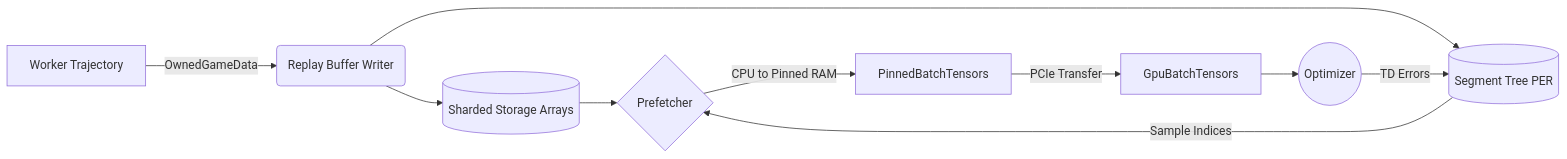
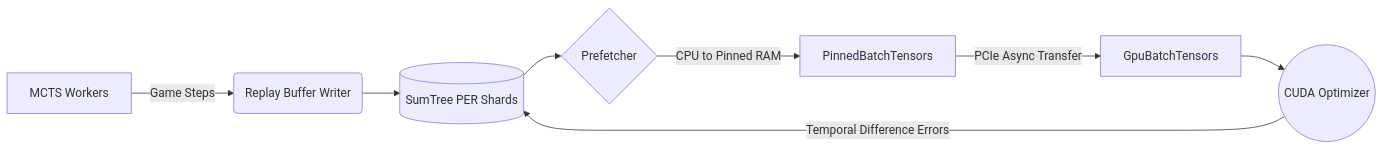
The third of 5 diagrams in README.md (lguibr/tricked), drawn with Mermaid before and after one commit. The commit also changed other lines of this file and 3 other files, not shown here.

Commit message:
feat: implement immediate inference request processing and optimize thread shutdown sequence for straggler requests

````diff
--- a/README.md
+++ b/README.md
@@ -115,12 +98,10 @@
 ```mermaid
 flowchart LR
-    A[Worker Trajectory] -->|OwnedGameData| B(Replay Buffer Writer)
-    B --> C[(Sharded Storage Arrays)]
-    B --> D[(Segment Tree PER)]
+    A[MCTS Workers] -->|Game Steps| B(Replay Buffer Writer)
+    B --> C[(SumTree PER Shards)]
     C --> E{Prefetcher}
-    D -->|Sample Indices| E
     E -->|CPU to Pinned RAM| F[PinnedBatchTensors]
-    F -->|PCIe Transfer| G[GpuBatchTensors]
-    G --> H((Optimizer))
-    H -->|TD Errors| D
+    F -->|PCIe Async Transfer| G[GpuBatchTensors]
+    G --> H((CUDA Optimizer))
+    H -->|Temporal Difference Errors| C
 ```
````
